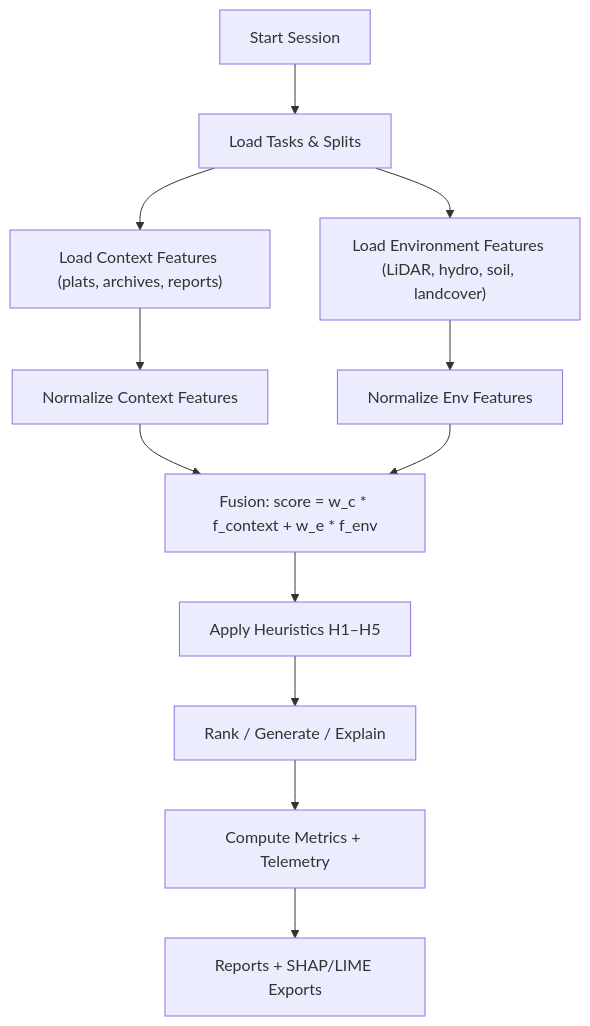
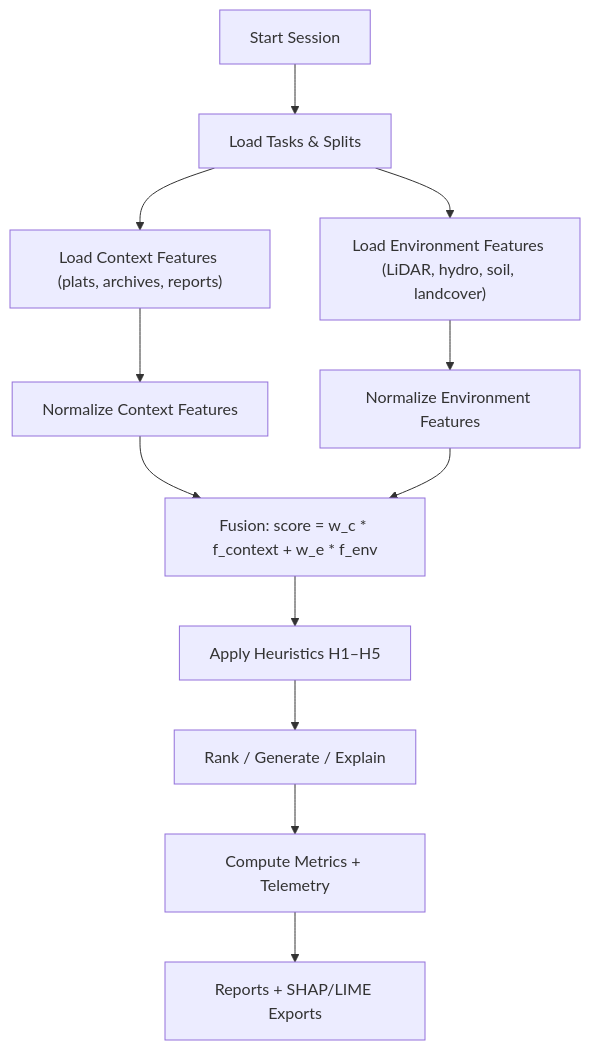
Before and after one commit to bartytime4life/Kansas-Frontier-Matrix: the diagram in src/ai/focus/evaluation/context-vs-environment/README.md, drawn with Mermaid. The commit also changed other lines of this file, not shown here.

````diff
--- a/src/ai/focus/evaluation/context-vs-environment/README.md
+++ b/src/ai/focus/evaluation/context-vs-environment/README.md
@@ -143,14 +143,14 @@
 ```mermaid
 flowchart TD
   A["Start Session"] --> B["Load Tasks & Splits"]
   B --> C["Load Context Features (plats, archives, reports)"]
   B --> D["Load Environment Features (LiDAR, hydro, soil, landcover)"]
   C --> E["Normalize Context Features"]
-  D --> F["Normalize Env Features"]
+  D --> F["Normalize Environment Features"]
   E --> G["Fusion: score = w_c * f_context + w_e * f_env"]
   F --> G
   G --> H["Apply Heuristics H1–H5"]
   H --> I["Rank / Generate / Explain"]
   I --> J["Compute Metrics + Telemetry"]
   J --> K["Reports + SHAP/LIME Exports"]
 ```
````
